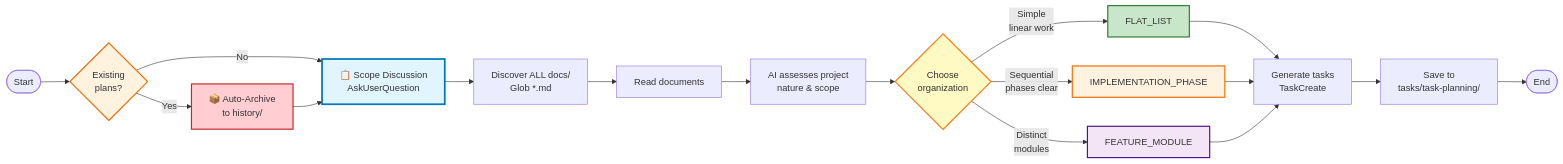
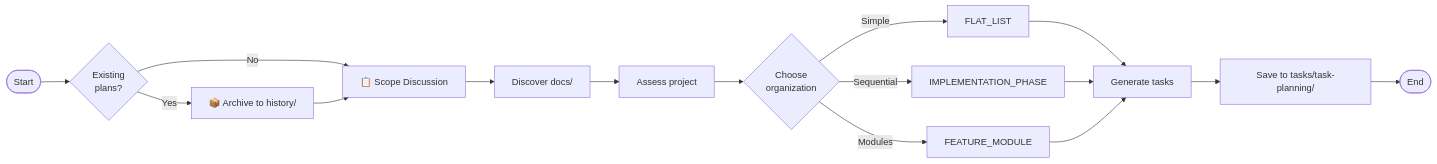
One commit to abcxyzx0099/datachat changed the diagram in .claude/skills/task-planning/SKILL.md. Above: the diagram before and after it, drawn with Mermaid. The commit also changed other lines of this file and 3 other files, not shown here.

First line of the commit message:
refactor(skills): reorganize task-planning skill with separate reference documents

````diff
--- a/.claude/skills/task-planning/SKILL.md
+++ b/.claude/skills/task-planning/SKILL.md
@@ -24,31 +24,22 @@
 ```mermaid
 flowchart LR
     Start([Start]) --> Check{Existing<br/>plans?}
-    Check -->|No| Scope["📋 Scope Discussion<br/>AskUserQuestion"]
-    Check -->|Yes| Archive["📦 Auto-Archive<br/>to history/"]
+    Check -->|No| Scope["📋 Scope Discussion"]
+    Check -->|Yes| Archive["📦 Archive to history/"]
     Archive --> Scope
 
-    Scope --> Discover[Discover ALL docs/<br/>Glob *.md]
-    Discover --> Read[Read documents]
-    Read --> Assess[AI assesses project<br/>nature & scope]
+    Scope --> Discover[Discover docs/]
+    Discover --> Assess[Assess project]
     Assess --> Decide{Choose<br/>organization}
 
-    Decide -->|Simple<br/>linear work| Flat[FLAT_LIST]
-    Decide -->|Sequential<br/>phases clear| Phase[IMPLEMENTATION_PHASE]
-    Decide -->|Distinct<br/>modules| Module[FEATURE_MODULE]
+    Decide -->|Simple| Flat[FLAT_LIST]
+    Decide -->|Sequential| Phase[IMPLEMENTATION_PHASE]
+    Decide -->|Modules| Module[FEATURE_MODULE]
 
-    Flat --> Generate[Generate tasks<br/>TaskCreate]
+    Flat --> Generate[Generate tasks]
     Phase --> Generate
     Module --> Generate
 
-    Generate --> Save[Save to<br/>tasks/task-planning/]
+    Generate --> Save[Save to tasks/task-planning/]
     Save --> End([End])
-
-    style Check fill:#fff3e0,stroke:#ef6c00,stroke-width:2px
-    style Archive fill:#ffcdd2,stroke:#c62828,stroke-width:2px
-    style Scope fill:#e1f5fe,stroke:#0277bd,stroke-width:3px
-    style Decide fill:#fff9c4,stroke:#f57f17,stroke-width:2px
-    style Flat fill:#c8e6c9,stroke:#2e7d32,stroke-width:2px
-    style Phase fill:#fff3e0,stroke:#ef6c00,stroke-width:2px
-    style Module fill:#f3e5f5,stroke:#4a148c,stroke-width:2px
 ```
````
